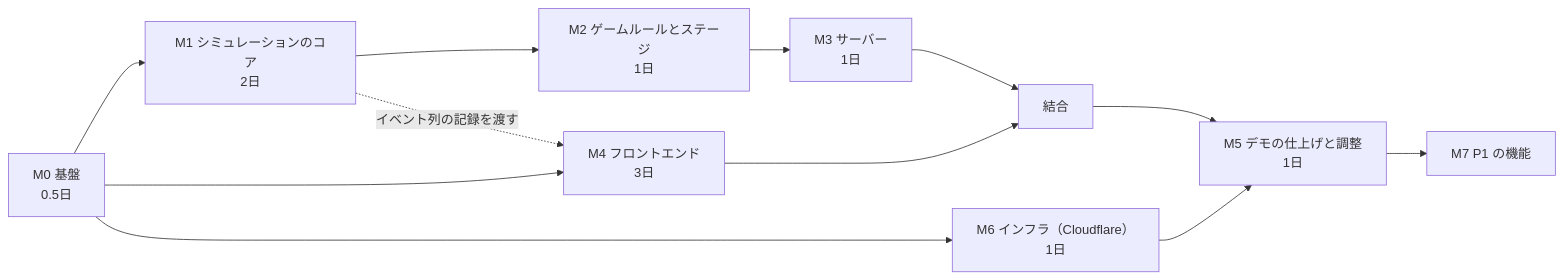
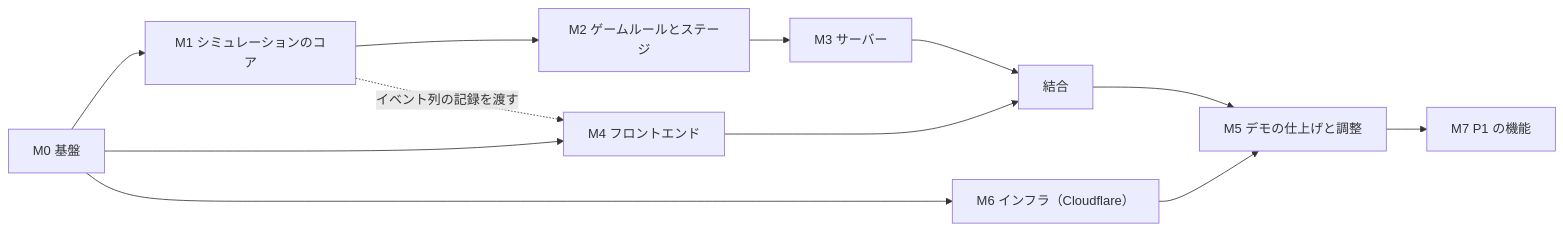
The diagram in docs/08-implementation-plan.md (K-Kizuku/raft-game), drawn with Mermaid before and after one commit. The commit also changed other lines of this file and 19 other files, not shown here.

````diff
--- a/docs/08-implementation-plan.md
+++ b/docs/08-implementation-plan.md
@@ -15,14 +15,14 @@
 ```mermaid
 flowchart LR
-    M0[M0 基盤<br/>0.5日] --> M1[M1 シミュレーションのコア<br/>2日]
-    M1 --> M2[M2 ゲームルールとステージ<br/>1日]
-    M2 --> M3[M3 サーバー<br/>1日]
-    M0 --> M4[M4 フロントエンド<br/>3日]
+    M0[M0 基盤] --> M1[M1 シミュレーションのコア]
+    M1 --> M2[M2 ゲームルールとステージ]
+    M2 --> M3[M3 サーバー]
+    M0 --> M4[M4 フロントエンド]
     M1 -. イベント列の記録を渡す .-> M4
     M3 --> I[結合]
     M4 --> I
-    I --> M5[M5 デモの仕上げと調整<br/>1日]
-    M0 --> M6[M6 インフラ（Cloudflare）<br/>1日]
+    I --> M5[M5 デモの仕上げと調整]
+    M0 --> M6[M6 インフラ（Cloudflare）]
     M6 --> M5
     M5 --> M7[M7 P1 の機能]
 ```
````
